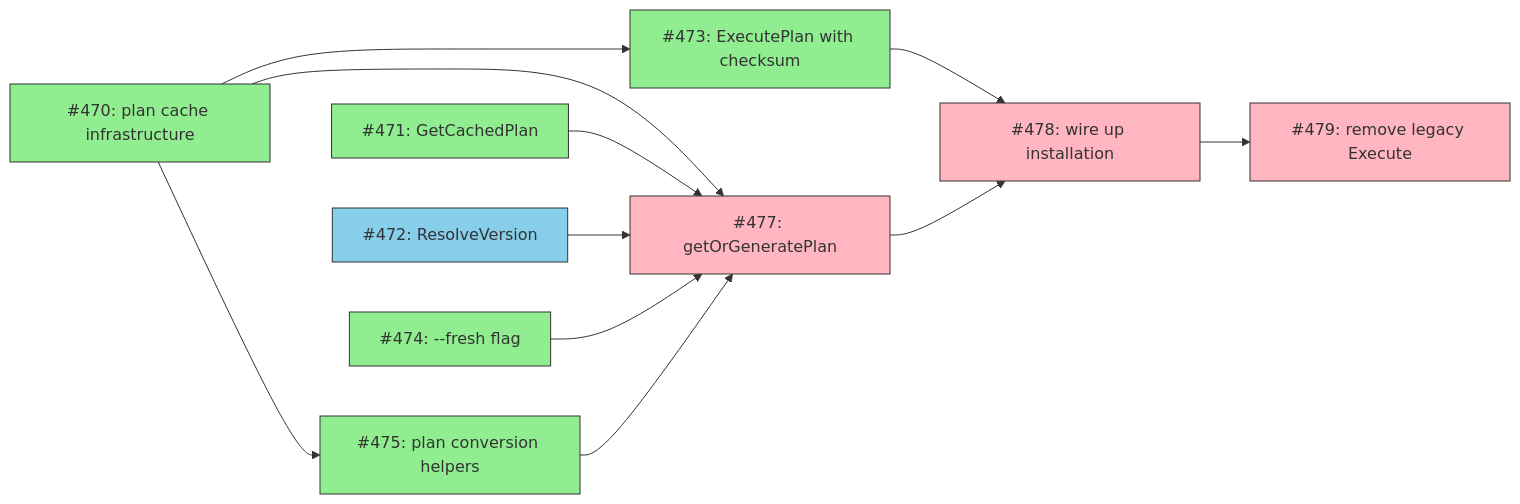
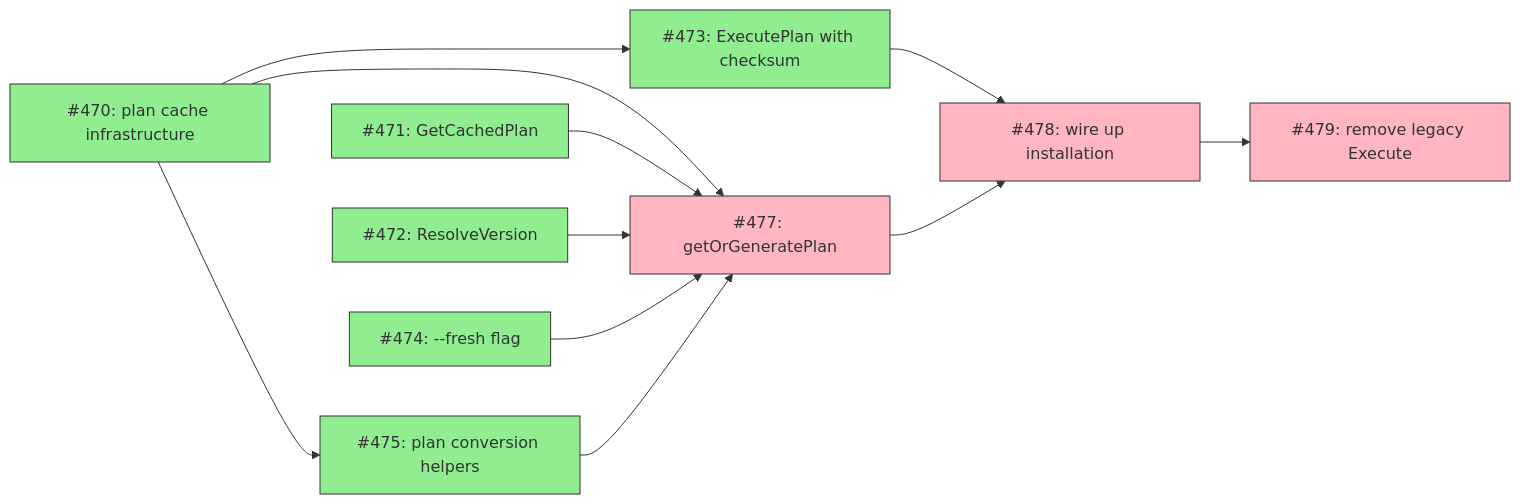
Before and after one commit to tsukumogami/tsuku: the diagram in docs/DESIGN-deterministic-execution.md, drawn with Mermaid. The commit also changed 2 other files, not shown here.

Commit message:
feat(executor): expose ResolveVersion public method (#486)
## Summary

- Add `ResolveVersion(ctx, constraint)` method to Executor for Phase 1
of the two-phase installation model
- Returns resolved version string for cache key computation
- Empty constraint resolves to latest, specific constraint resolves that
version

Fixes #472

````diff
--- a/docs/DESIGN-deterministic-execution.md
+++ b/docs/DESIGN-deterministic-execution.md
@@ -27,17 +27,17 @@
 ```mermaid
 graph LR
     classDef done fill:#90EE90,stroke:#333
     classDef ready fill:#87CEEB,stroke:#333
     classDef blocked fill:#FFB6C1,stroke:#333
 
     I470[#470: plan cache infrastructure]:::done --> I473[#473: ExecutePlan with checksum]:::done
     I470 --> I475[#475: plan conversion helpers]:::done
     I470 --> I477[#477: getOrGeneratePlan]:::blocked
     I471[#471: GetCachedPlan]:::done --> I477
-    I472[#472: ResolveVersion]:::ready --> I477
+    I472[#472: ResolveVersion]:::done --> I477
     I474[#474: --fresh flag]:::done --> I477
     I475 --> I477
     I473 --> I478[#478: wire up installation]:::blocked
     I477 --> I478
     I478 --> I479[#479: remove legacy Execute]:::blocked
 ```
````
